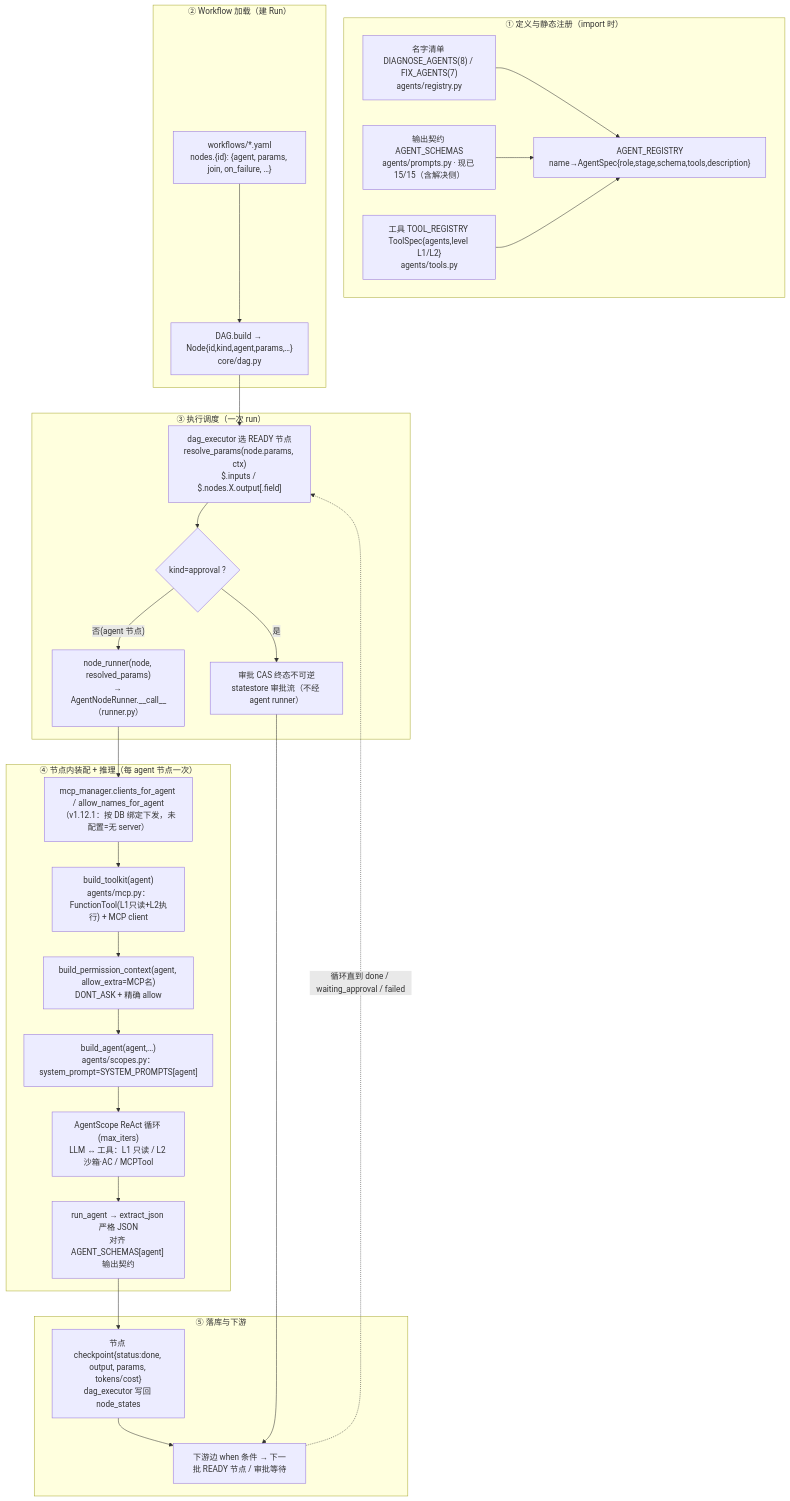
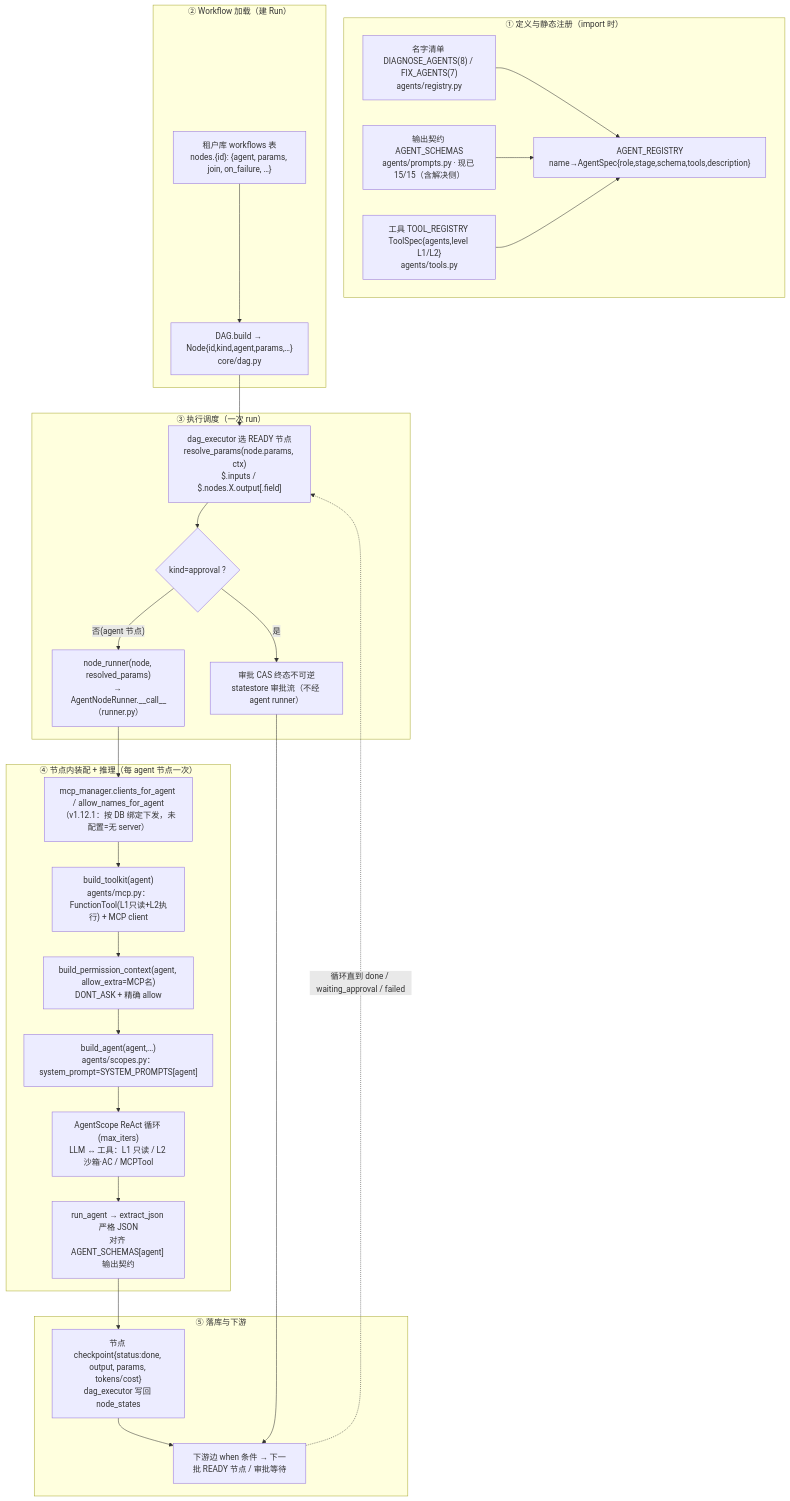
Before and after one commit to aiops-platform/multi-agent-workflow: the diagram in docs/AGENT_CALL_FLOW_zh-CN.md, drawn with Mermaid. The commit also changed 21 other files, not shown here.

First line of the commit message:
chore(workflows): 删除仓库里的 workflow YAML 与其消费代码 —— 真源是数据库

````diff
--- a/docs/AGENT_CALL_FLOW_zh-CN.md
+++ b/docs/AGENT_CALL_FLOW_zh-CN.md
@@ -11,53 +11,53 @@
 ```mermaid
 flowchart TB
     subgraph DEF["① 定义与静态注册（import 时）"]
         L["名字清单 DIAGNOSE_AGENTS(8) / FIX_AGENTS(7)<br/>agents/registry.py"]
         S["输出契约 AGENT_SCHEMAS<br/>agents/prompts.py · 现已 15/15（含解决侧）"]
         T["工具 TOOL_REGISTRY ToolSpec{agents,level L1/L2}<br/>agents/tools.py"]
         R["AGENT_REGISTRY<br/>name→AgentSpec{role,stage,schema,tools,description}"]
     end
     L --> R
     S --> R
     T --> R
 
     subgraph LOAD["② Workflow 加载（建 Run）"]
-        Y["workflows/*.yaml<br/>nodes.{id}: {agent, params, join, on_failure, …}"]
+        Y["租户库 workflows 表<br/>nodes.{id}: {agent, params, join, on_failure, …}"]
         N["DAG.build → Node{id,kind,agent,params,…}<br/>core/dag.py"]
     end
     Y --> N
 
     subgraph EXEC["③ 执行调度（一次 run）"]
         SCH["dag_executor 选 READY 节点<br/>resolve_params(node.params, ctx)<br/>$.inputs / $.nodes.X.output[.field]"]
         IS_AP{"kind=approval ?"}
         AP["审批 CAS 终态不可逆<br/>statestore 审批流（不经 agent runner）"]
         RN["node_runner(node, resolved_params)<br/>→ AgentNodeRunner.__call__（runner.py）"]
     end
     N --> SCH
     SCH --> IS_AP
     IS_AP -- "是" --> AP
     IS_AP -- "否(agent 节点)" --> RN
 
     subgraph AGENT["④ 节点内装配 + 推理（每 agent 节点一次）"]
         CL["mcp_manager.clients_for_agent / allow_names_for_agent<br/>（v1.12.1：按 DB 绑定下发，未配置=无 server）"]
         TK["build_toolkit(agent)<br/>agents/mcp.py：FunctionTool(L1只读+L2执行) + MCP client"]
         PC["build_permission_context(agent, allow_extra=MCP名)<br/>DONT_ASK + 精确 allow"]
         BA["build_agent(agent,…)<br/>agents/scopes.py：system_prompt=SYSTEM_PROMPTS[agent]"]
         RL["AgentScope ReAct 循环 (max_iters)<br/>LLM ↔ 工具：L1 只读 / L2 沙箱·AC / MCPTool"]
         J["run_agent → extract_json 严格 JSON<br/>对齐 AGENT_SCHEMAS[agent] 输出契约"]
     end
     RN --> CL
     CL --> TK
     TK --> PC
     PC --> BA
     BA --> RL
     RL --> J
 
     subgraph OUT["⑤ 落库与下游"]
         CK["节点 checkpoint{status:done, output, params, tokens/cost}<br/>dag_executor 写回 node_states"]
         EDG["下游边 when 条件 → 下一批 READY 节点 / 审批等待"]
     end
     J --> CK
     CK --> EDG
     AP --> EDG
     EDG -. "循环直到 done / waiting_approval / failed" .-> SCH
 ```
````
